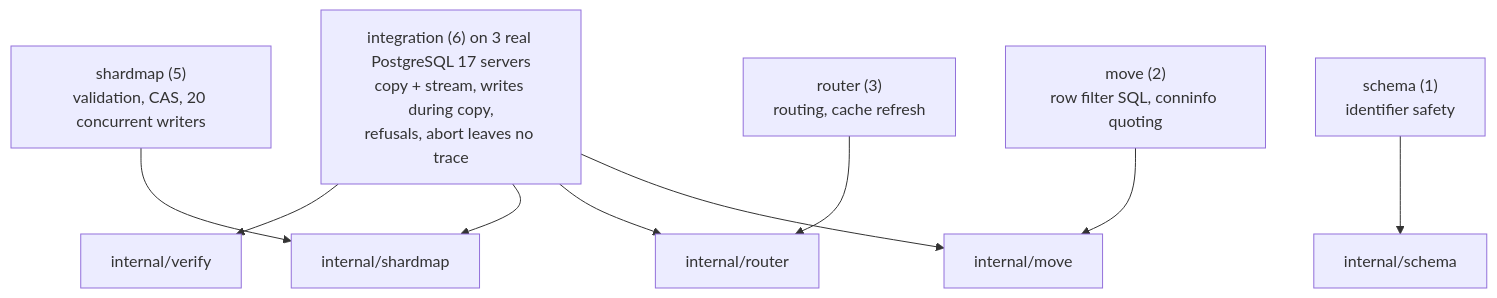
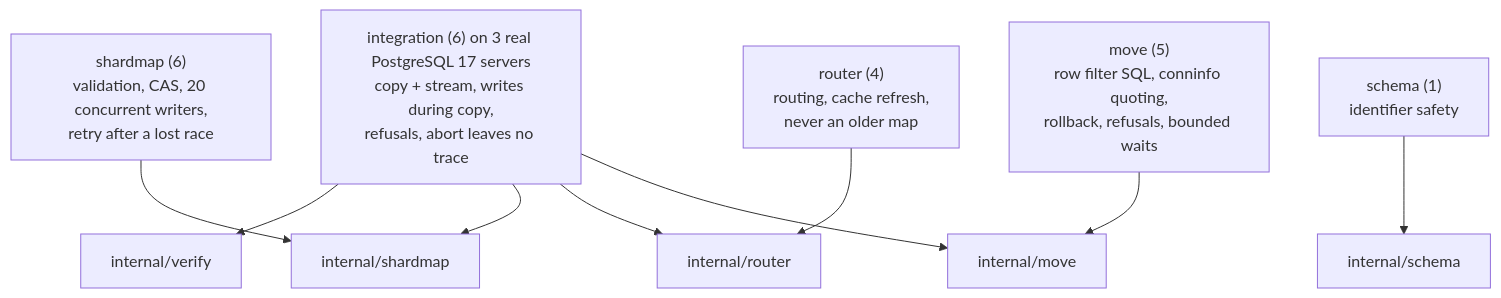
One commit to EquinoxWN/zero-downtime-resharding changed the second of 2 diagrams in README.md. Above: the diagram before and after it, drawn with Mermaid. The commit also changed other lines of this file and 7 other files, not shown here.

````diff
--- a/README.md
+++ b/README.md
@@ -109,9 +110,9 @@
 ```mermaid
 flowchart TB
-  SM["shardmap (5)<br/>validation, CAS, 20 concurrent writers"] --> MAP["internal/shardmap"]
-  RT["router (3)<br/>routing, cache refresh"] --> RTR["internal/router"]
-  MVT["move (2)<br/>row filter SQL, conninfo quoting"] --> MOV["internal/move"]
+  SM["shardmap (6)<br/>validation, CAS, 20 concurrent writers,<br/>retry after a lost race"] --> MAP["internal/shardmap"]
+  RT["router (4)<br/>routing, cache refresh,<br/>never an older map"] --> RTR["internal/router"]
+  MVT["move (5)<br/>row filter SQL, conninfo quoting,<br/>rollback, refusals, bounded waits"] --> MOV["internal/move"]
   SC["schema (1)<br/>identifier safety"] --> SCH["internal/schema"]
   IT["integration (6) on 3 real PostgreSQL 17 servers<br/>copy + stream, writes during copy,<br/>refusals, abort leaves no trace"] --> MOV & RTR & MAP
   IT --> VER["internal/verify"]
 ```
````
